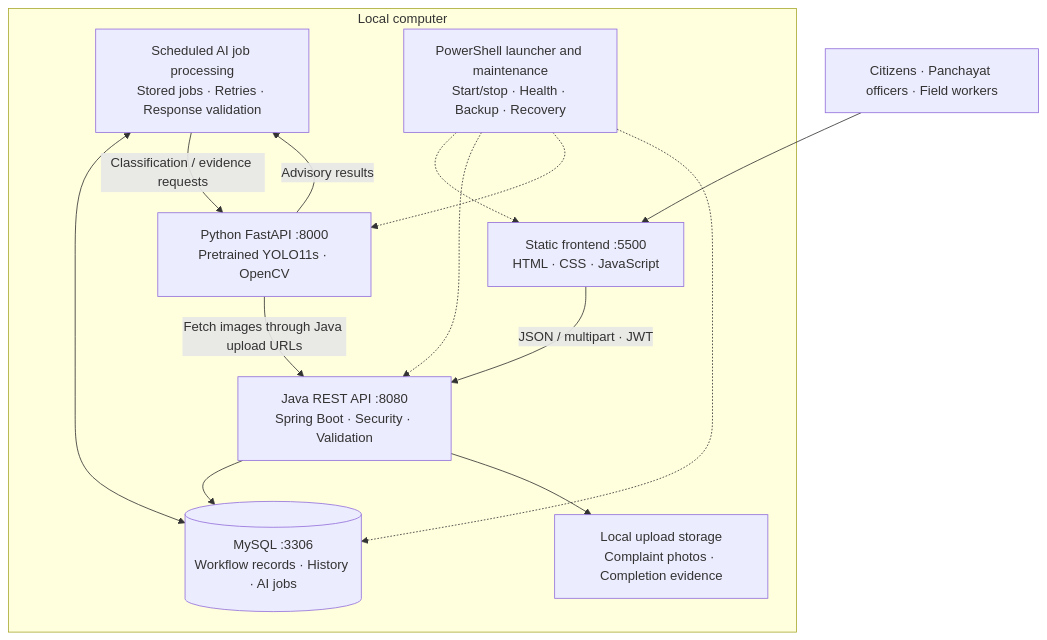
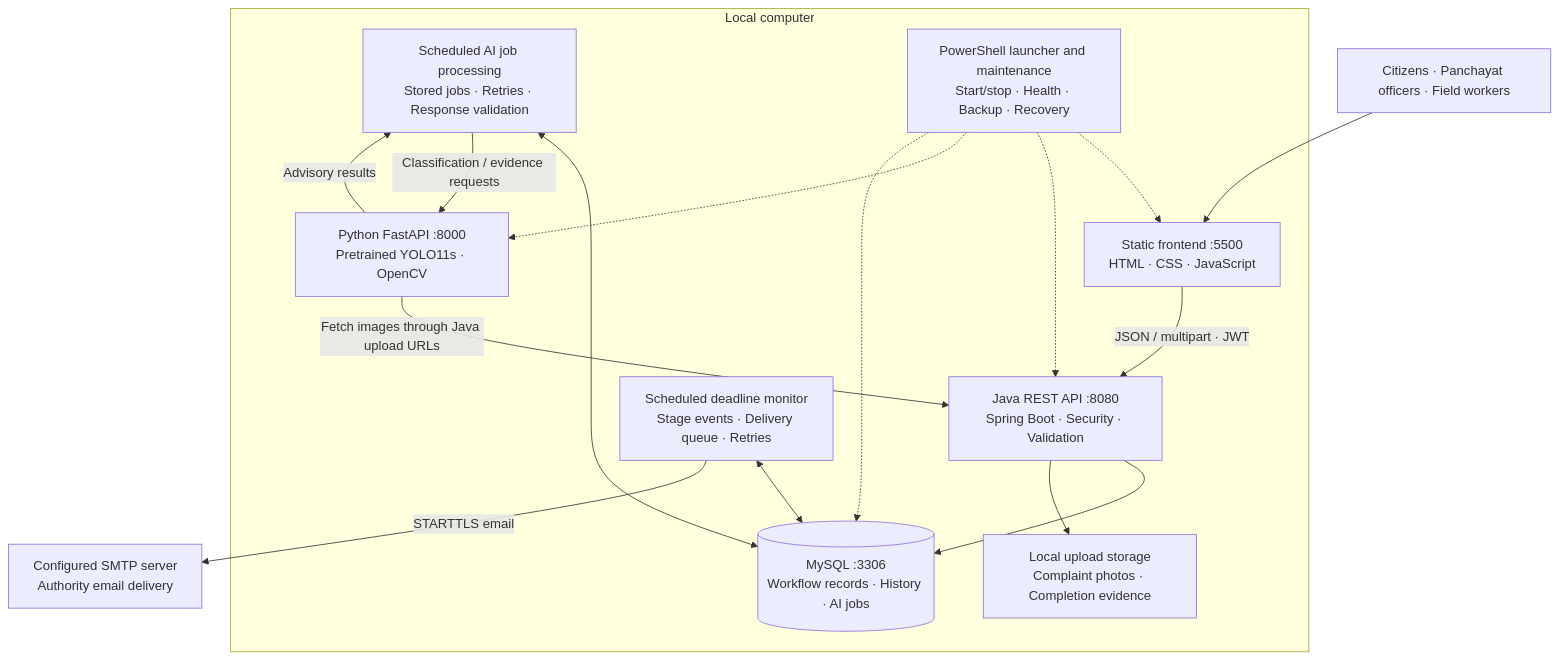
One commit to anugrahks19/Jalachaya changed the first of 6 diagrams in README.md. Above: the diagram before and after it, drawn with Mermaid. The commit also changed other lines of this file and 77 other files, not shown here.

````diff
--- a/README.md
+++ b/README.md
@@ -40,25 +40,29 @@
 ```mermaid
 flowchart TB
     Person["Citizens · Panchayat officers · Field workers"]
     subgraph Local["Local computer"]
         Web["Static frontend :5500<br/>HTML · CSS · JavaScript"]
         API["Java REST API :8080<br/>Spring Boot · Security · Validation"]
         DB[("MySQL :3306<br/>Workflow records · History · AI jobs")]
         Files["Local upload storage<br/>Complaint photos · Completion evidence"]
         Jobs["Scheduled AI job processing<br/>Stored jobs · Retries · Response validation"]
+        Deadlines["Scheduled deadline monitor<br/>Stage events · Delivery queue · Retries"]
         AI["Python FastAPI :8000<br/>Pretrained YOLO11s · OpenCV"]
         Ops["PowerShell launcher and maintenance<br/>Start/stop · Health · Backup · Recovery"]
     end
+    SMTP["Configured SMTP server<br/>Authority email delivery"]
     Person --> Web
     Web -->|"JSON / multipart · JWT"| API
     API --> DB
     API --> Files
     Jobs <--> DB
+    Deadlines <--> DB
+    Deadlines -->|"STARTTLS email"| SMTP
     Jobs -->|"Classification / evidence requests"| AI
     AI -->|"Fetch images through Java upload URLs"| API
     AI -->|"Advisory results"| Jobs
     Ops -.-> Web
     Ops -.-> API
     Ops -.-> AI
     Ops -.-> DB
 ```
````
